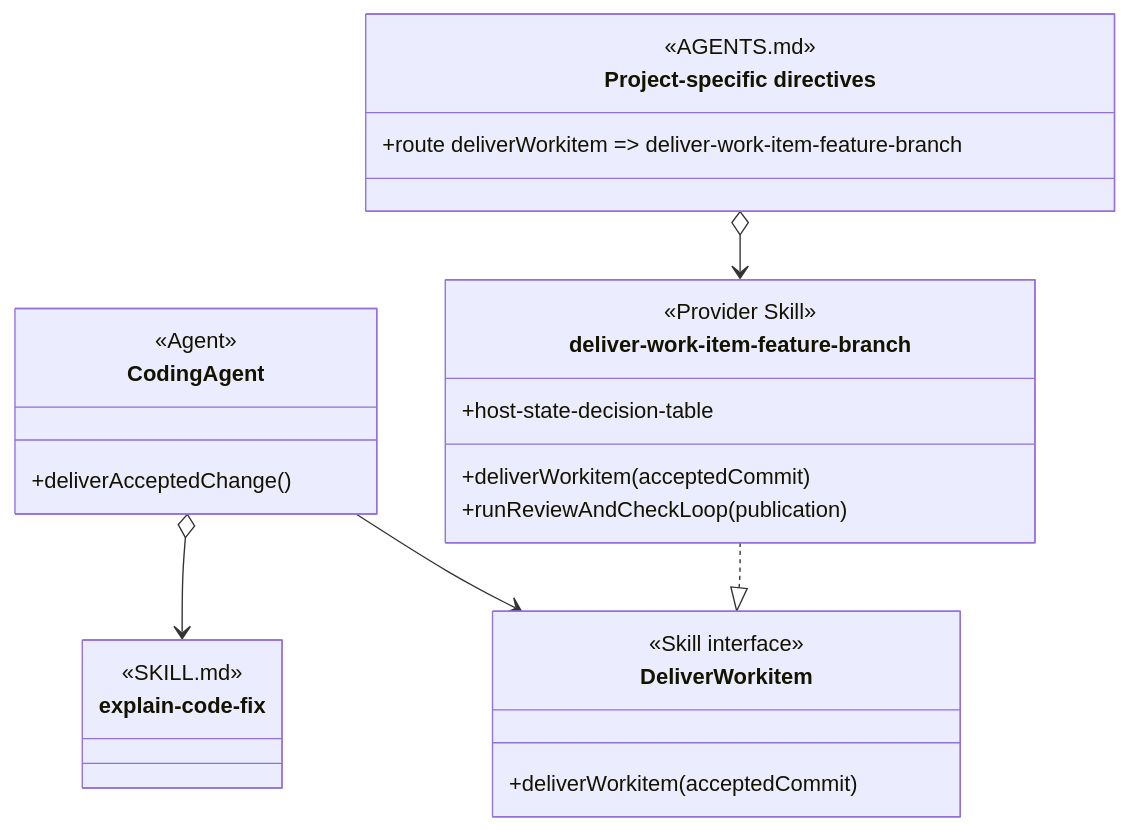
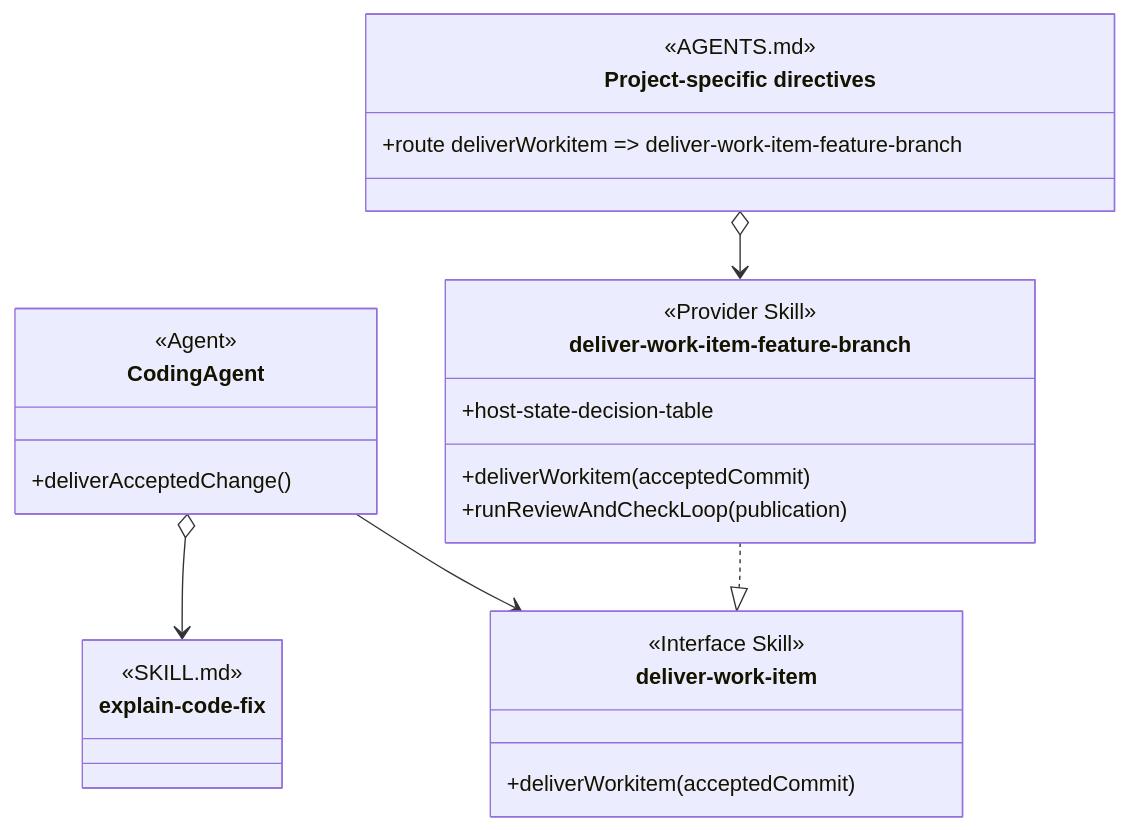
One commit to martinbechard/dev-methodology changed diagram 15 of 16 in design/object-oriented-agent-and-skill-model.md. Above: the diagram before and after it, drawn with Mermaid. The commit also changed other lines of this file and 27 other files, not shown here.

Commit message:
Add deliver work item interface skill

````diff
--- a/design/object-oriented-agent-and-skill-model.md
+++ b/design/object-oriented-agent-and-skill-model.md
@@ -711,37 +711,37 @@
 ```mermaid
 classDiagram
     direction TB
 
     class CodingAgent {
         <<Agent>>
         +deliverAcceptedChange()
     }
 
     class explain-code-fix {
         <<SKILL.md>>
         <<Agent Skill>>
     }
 
-    class DeliverWorkitem {
-        <<Skill interface>>
+    class DeliverWorkitem["deliver-work-item"] {
+        <<Interface Skill>>
         +deliverWorkitem(acceptedCommit)
     }
 
     class project-specific-directives["Project-specific directives"] {
         <<AGENTS.md>>
         <<routing>>
         +route deliverWorkitem => deliver-work-item-feature-branch
     }
 
     class deliver-work-item-feature-branch {
         <<Provider Skill>>
         +deliverWorkitem(acceptedCommit)
         +runReviewAndCheckLoop(publication)
         +host-state-decision-table
     }
 
     CodingAgent o--> explain-code-fix
     CodingAgent --> DeliverWorkitem
     project-specific-directives o--> deliver-work-item-feature-branch
     deliver-work-item-feature-branch ..|> DeliverWorkitem
 ```
````
